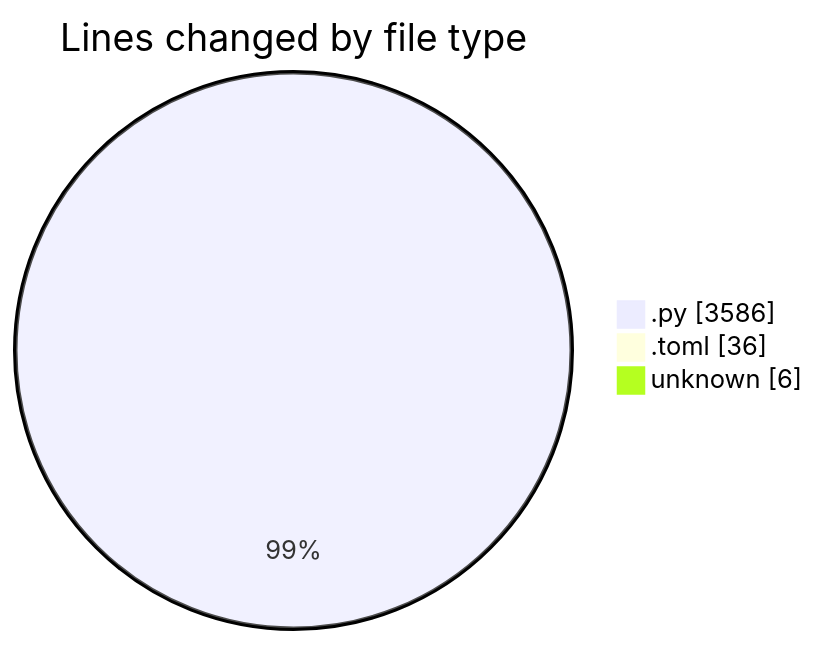
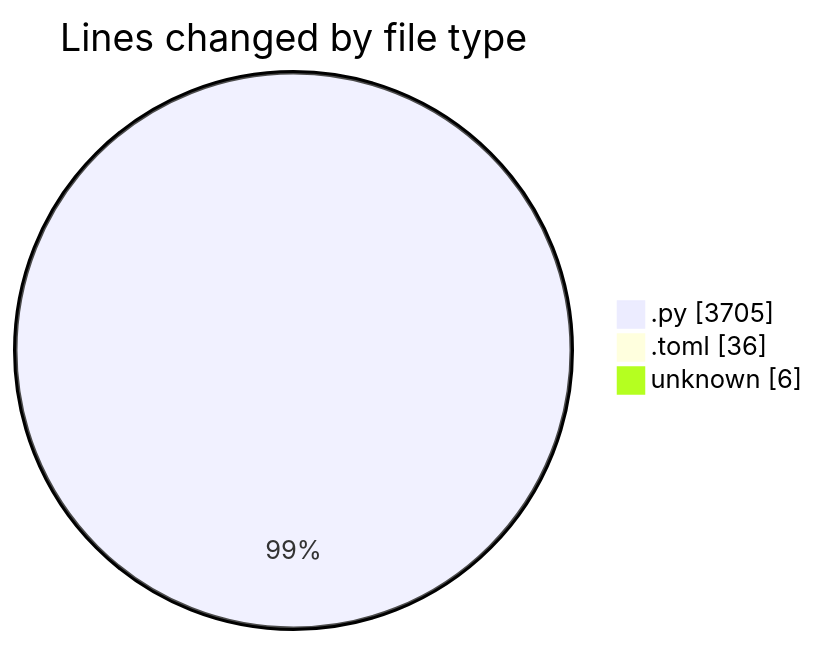
Before and after one commit to julien-gomy/code-tracking: the first of 2 diagrams in 2025-11-20/eventscop-api-guide__workspace_/README.md, drawn with Mermaid. The commit also changed other lines of this file and 1 other file, not shown here.

````diff
--- a/2025-11-20/eventscop-api-guide__workspace_/README.md
+++ b/2025-11-20/eventscop-api-guide__workspace_/README.md
@@ -34,7 +35,7 @@
 ```mermaid
 pie showData
 title Lines changed by file type
-".py" : 3586
+".py" : 3705
 ".toml" : 36
 "unknown" : 6
 ```
````
